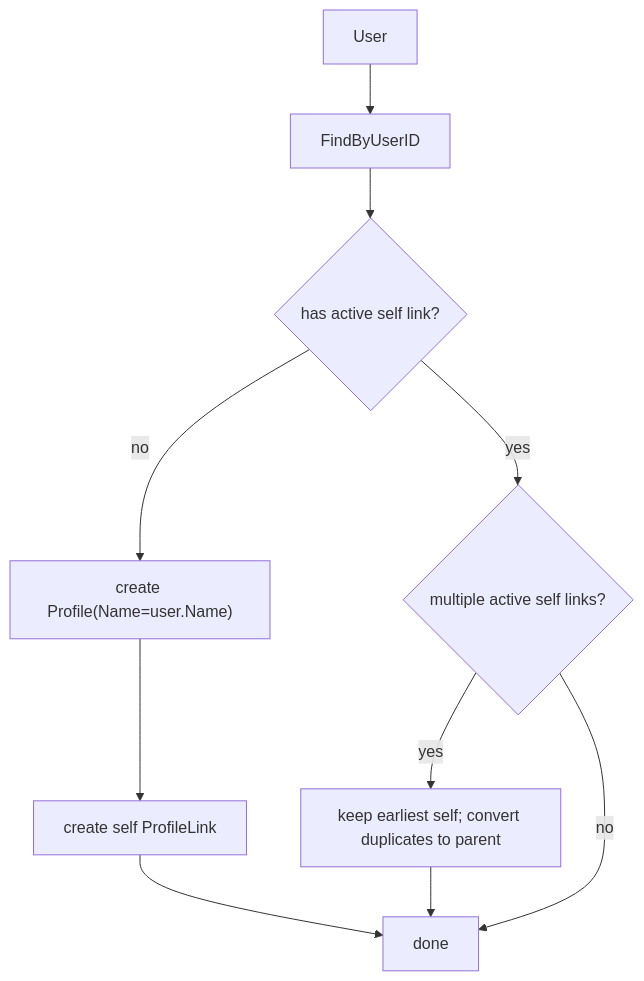
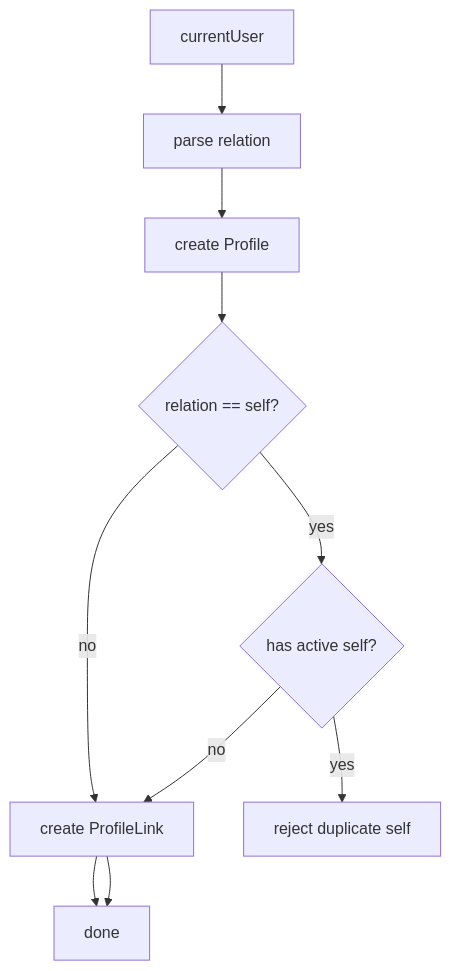
One commit to FangcunMount/iam changed the ninth of 12 diagrams in docs/04-身份Identity/01-User与Profile模型.md. Above: the diagram before and after it, drawn with Mermaid. The commit also changed other lines of this file and 35 other files, not shown here.

Commit message:
feat  的 identity 模块业务规则更新： - User 不一定天然拥有 self Profile。 - User 可以通过 C 端功能主动创建 Profile。 - 创建时由业务语义决定这条 ProfileLink 是 self 还是 relation。

````diff
--- a/docs/04-身份Identity/01-User与Profile模型.md
+++ b/docs/04-身份Identity/01-User与Profile模型.md
@@ -890,17 +892,17 @@
 ```mermaid
 flowchart TD
-    User["User"]
-    Links["FindByUserID"]
-    HasSelf{"has active self link?"}
-    Multi{"multiple active self links?"}
-    CreateProfile["create Profile(Name=user.Name)"]
-    CreateLink["create self ProfileLink"]
-    Normalize["keep earliest self; convert duplicates to parent"]
+    User["currentUser"]
+    Relation["parse relation"]
+    CreateProfile["create Profile"]
+    IsSelf{"relation == self?"}
+    HasSelf{"has active self?"}
+    CreateLink["create ProfileLink"]
+    Reject["reject duplicate self"]
     Done["done"]
 
-    User --> Links --> HasSelf
-    HasSelf -->|"no"| CreateProfile --> CreateLink --> Done
-    HasSelf -->|"yes"| Multi
-    Multi -->|"yes"| Normalize --> Done
-    Multi -->|"no"| Done
+    User --> Relation --> CreateProfile --> IsSelf
+    IsSelf -->|"no"| CreateLink --> Done
+    IsSelf -->|"yes"| HasSelf
+    HasSelf -->|"yes"| Reject
+    HasSelf -->|"no"| CreateLink --> Done
 ```
````
